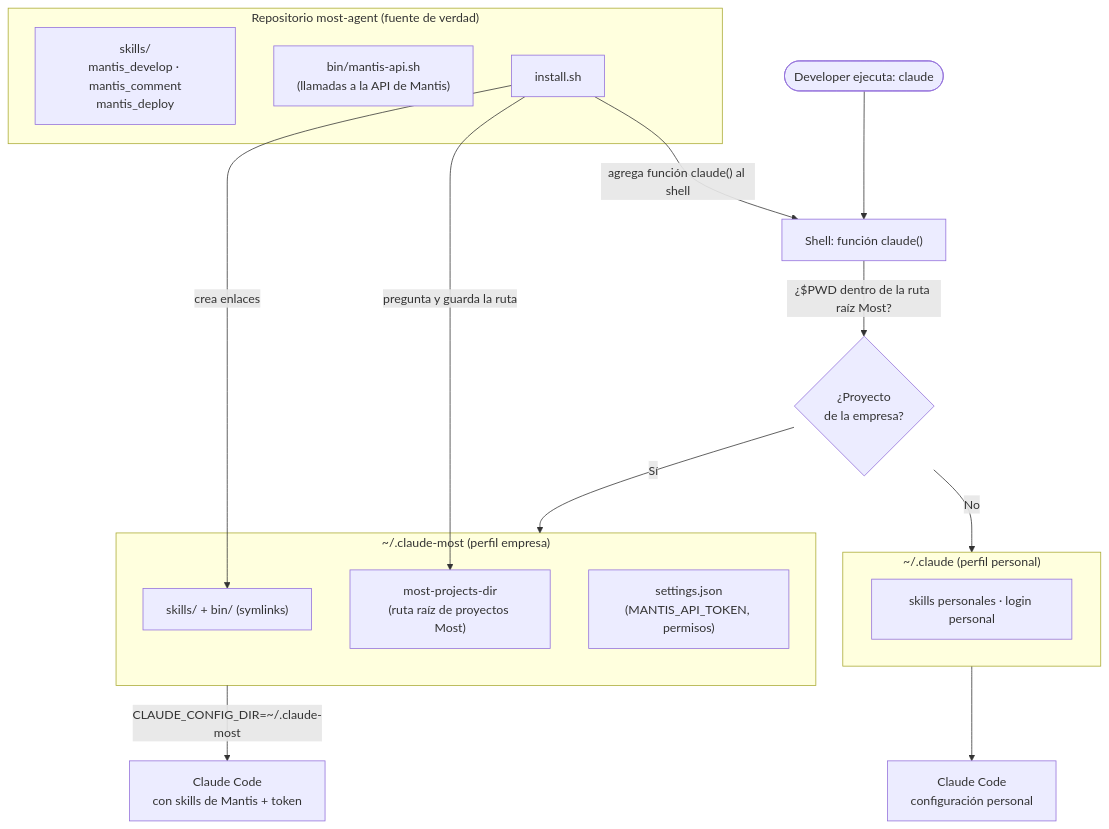
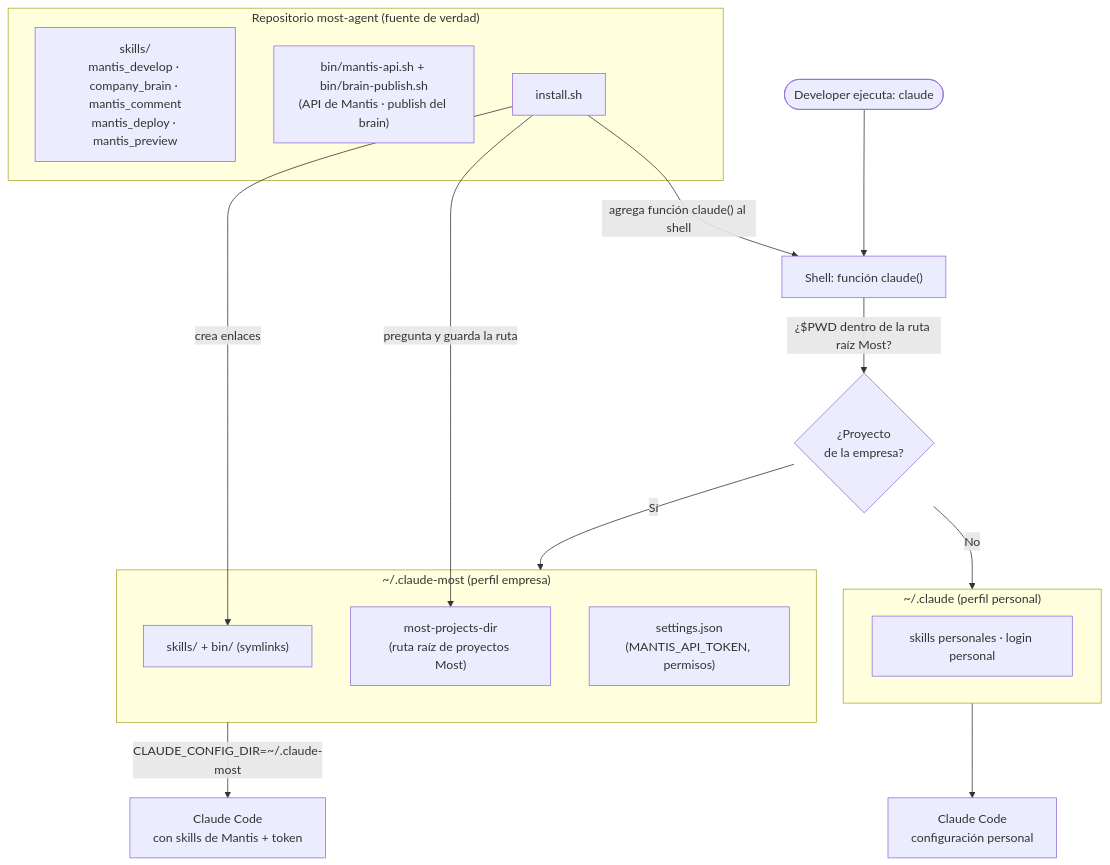
Before and after one commit to manuonda/most-agent: the first of 2 diagrams in Readme.md, drawn with Mermaid. The commit also changed other lines of this file and 5 other files, not shown here.

````diff
--- a/Readme.md
+++ b/Readme.md
@@ -9,31 +9,31 @@
 ```mermaid
 flowchart TB
     subgraph repo["Repositorio most-agent (fuente de verdad)"]
-        SK["skills/<br/>mantis_develop · mantis_comment<br/>mantis_deploy"]
-        BIN["bin/mantis-api.sh<br/>(llamadas a la API de Mantis)"]
+        SK["skills/<br/>mantis_develop · company_brain · mantis_comment<br/>mantis_deploy · mantis_preview"]
+        BIN["bin/mantis-api.sh + bin/brain-publish.sh<br/>(API de Mantis · publish del brain)"]
         INST["install.sh"]
     end
 
     subgraph empresa["~/.claude-most (perfil empresa)"]
         LINKS["skills/ + bin/ (symlinks)"]
         CONF["most-projects-dir<br/>(ruta raíz de proyectos Most)"]
         SET["settings.json<br/>(MANTIS_API_TOKEN, permisos)"]
     end
 
     subgraph personal["~/.claude (perfil personal)"]
         PSK["skills personales · login personal"]
     end
 
     INST -->|"crea enlaces"| LINKS
     INST -->|"pregunta y guarda la ruta"| CONF
     INST -->|"agrega función claude() al shell"| SH
 
     SH["Shell: función claude()"]
     DEV(["Developer ejecuta: claude"]) --> SH
     SH -->|"¿$PWD dentro de la ruta raíz Most?"| DEC{"¿Proyecto<br/>de la empresa?"}
     DEC -->|"Sí"| empresa
     DEC -->|"No"| personal
 
     empresa -->|"CLAUDE_CONFIG_DIR=~/.claude-most"| CC["Claude Code<br/>con skills de Mantis + token"]
     personal --> CP["Claude Code<br/>configuración personal"]
 ```
````
